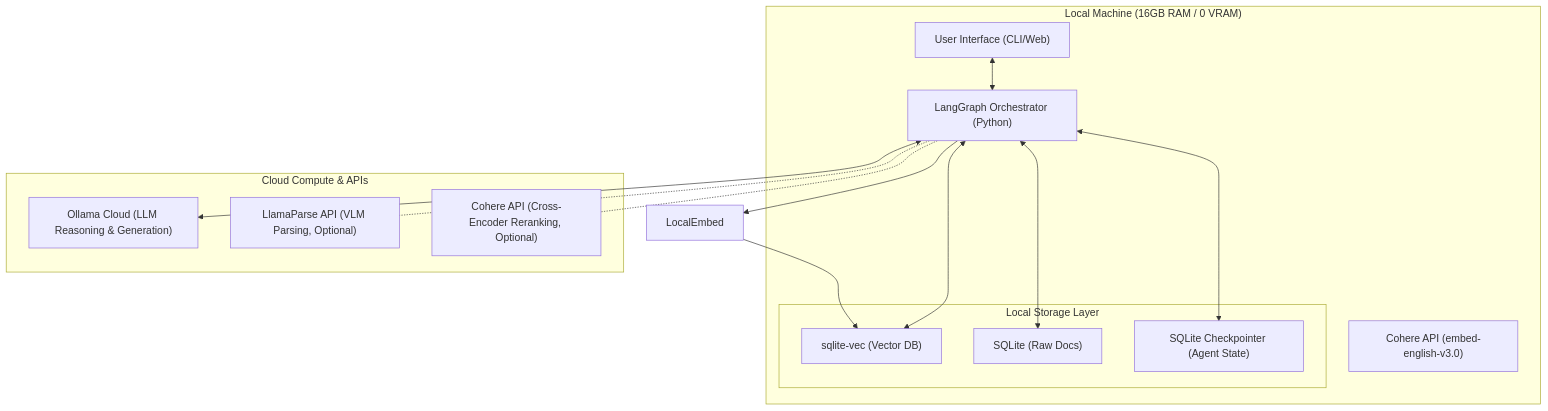
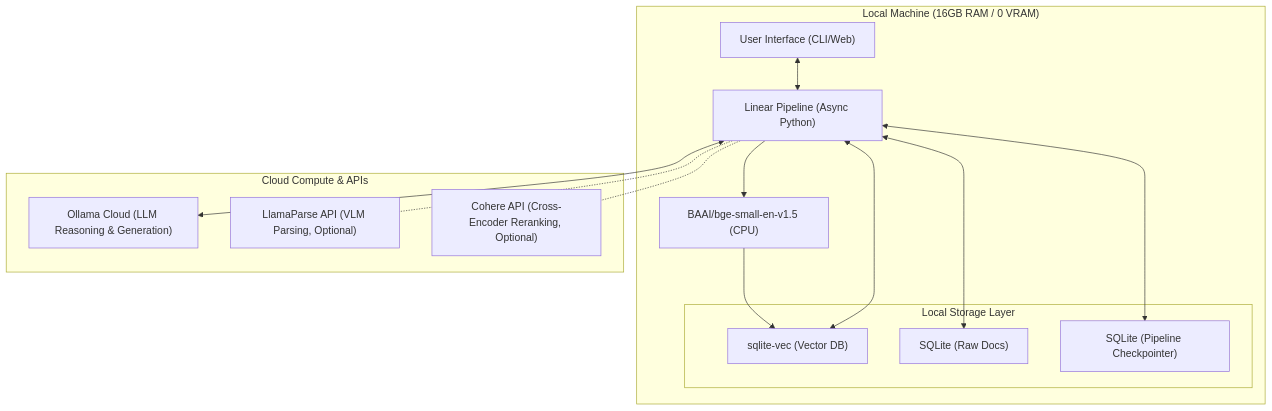
One commit to dpsdagain/RAG changed the diagram in README.md. Above: the diagram before and after it, drawn with Mermaid. The commit also changed other lines of this file and 5 other files, not shown here.

Commit message:
docs: V2 Elite Architecture refactor (remove LangGraph, enforce Local bge-small, multiprocessing ingestion)

````diff
--- a/README.md
+++ b/README.md
@@ -29,31 +29,31 @@
 ```mermaid
 graph TD
     subgraph "Local Machine (16GB RAM / 0 VRAM)"
         UI["User Interface (CLI/Web)"]
-        Orchestrator["LangGraph Orchestrator (Python)"]
-        APIEmbed["Cohere API (embed-english-v3.0)"]
+        Orchestrator["Linear Pipeline (Async Python)"]
+        LocalEmbed["BAAI/bge-small-en-v1.5 (CPU)"]
         
         subgraph "Local Storage Layer"
             VecDB["sqlite-vec (Vector DB)"]
             DocStore["SQLite (Raw Docs)"]
-            StateDB["SQLite Checkpointer (Agent State)"]
+            StateDB["SQLite (Pipeline Checkpointer)"]
         end
     end
 
     subgraph "Cloud Compute & APIs"
         Ollama["Ollama Cloud (LLM Reasoning & Generation)"]
         LlamaParse["LlamaParse API (VLM Parsing, Optional)"]
         Cohere["Cohere API (Cross-Encoder Reranking, Optional)"]
     end
 
     UI <--> Orchestrator
     Orchestrator --> LocalEmbed
     LocalEmbed --> VecDB
     Orchestrator <--> VecDB
     Orchestrator <--> DocStore
     Orchestrator <--> StateDB
 
     Orchestrator <--> Ollama
     Orchestrator -.- LlamaParse
     Orchestrator -.- Cohere
 ```
````
